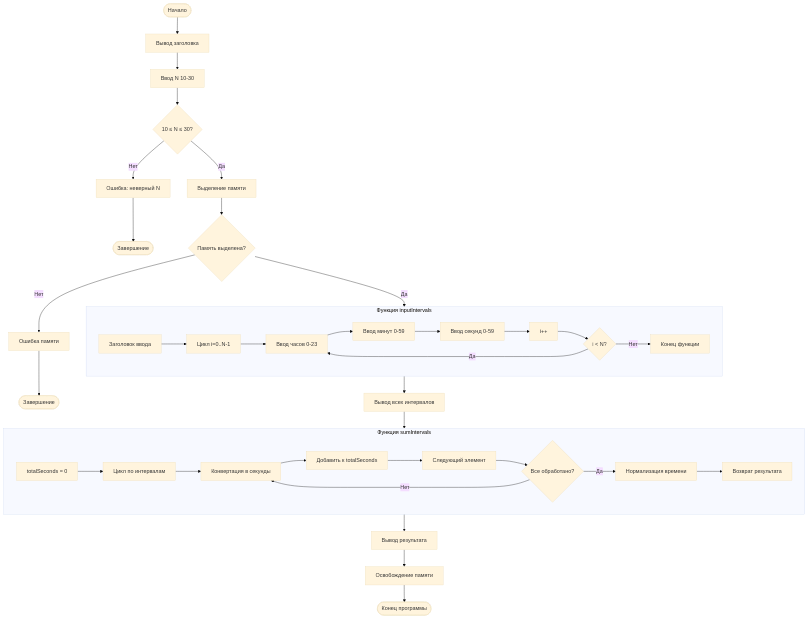
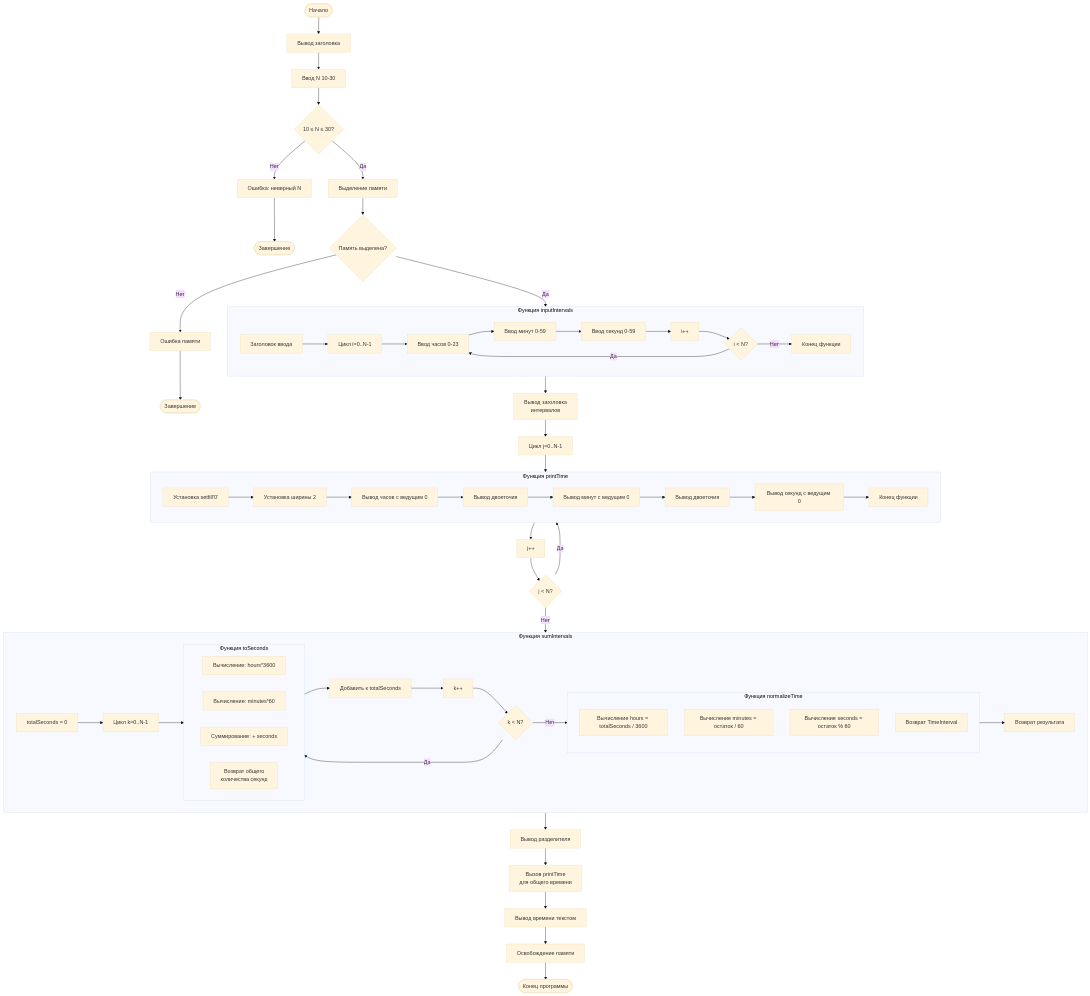
One commit to marssssssssssi/animated-octo-waffle changed the diagram in README.md. Above: the diagram before and after it, drawn with Mermaid (base theme). The commit also changed other lines of this file, not shown here.

````diff
--- a/README.md
+++ b/README.md
@@ -9,46 +8,78 @@
 ```mermaid
 flowchart TD
     Start([Начало]) --> A[Вывод заголовка]
     A --> B[Ввод N 10-30]
     
     B --> C{10 ≤ N ≤ 30?}
     C -->|Нет| D[Ошибка: неверный N]
     D --> End1([Завершение])
     
     C -->|Да| E[Выделение памяти]
     
     E --> F{Память выделена?}
     F -->|Нет| G[Ошибка памяти]
     G --> End2([Завершение])
     
     F -->|Да| H[Ввод интервалов]
     
     subgraph H[Функция inputIntervals]
         H1[Заголовок ввода] --> H2[Цикл i=0..N-1]
         H2 --> H3[Ввод часов 0-23]
         H3 --> H4[Ввод минут 0-59]
         H4 --> H5[Ввод секунд 0-59]
         H5 --> H6[i++]
         H6 --> H7{i < N?}
         H7 -->|Да| H3
         H7 -->|Нет| H8[Конец функции]
     end
     
-    H --> I[Вывод всех интервалов]
-    I --> J[Суммирование времени]
+    H --> I[Вывод заголовка<br>интервалов]
+    I --> J[Цикл j=0..N-1]
+    J --> K[Вызов printTime]
+    K --> L[j++]
+    L --> M{j < N?}
+    M -->|Да| K
+    M -->|Нет| N[Суммирование времени]
     
-    subgraph J[Функция sumIntervals]
-        J1[totalSeconds = 0] --> J2[Цикл по интервалам]
-        J2 --> J3[Конвертация в секунды]
-        J3 --> J4[Добавить к totalSeconds]
-        J4 --> J5[Следующий элемент]
-        J5 --> J6{Все обработано?}
-        J6 -->|Нет| J3
-        J6 -->|Да| J7[Нормализация времени]
-        J7 --> J8[Возврат результата]
+    subgraph N[Функция sumIntervals]
+        N1[totalSeconds = 0] --> N2[Цикл k=0..N-1]
+        N2 --> N3[Вызов toSeconds]
+        N3 --> N4[Добавить к totalSeconds]
+        N4 --> N5[k++]
+        N5 --> N6{k < N?}
+        N6 -->|Нет| N7[Вызов normalizeTime]
+        N6 -->|Да| N3
+        
+        subgraph N7[Функция normalizeTime]
+            O1[Вычисление hours = totalSeconds / 3600]
+            O2[Вычисление minutes = остаток / 60]
+            O3[Вычисление seconds = остаток % 60]
+            O4[Возврат TimeInterval]
+        end
+        
+        N7 --> N8[Возврат результата]
     end
     
-    J --> K[Вывод результата]
-    K --> L[Освобождение памяти]
-    L --> End3([Конец программы])
+    subgraph K[Функция printTime]
+        P1[Установка setfill'0'] --> P2[Установка ширины 2]
+        P2 --> P3[Вывод часов с ведущим 0]
+        P3 --> P4[Вывод двоеточия]
+        P4 --> P5[Вывод минут с ведущим 0]
+        P5 --> P6[Вывод двоеточия]
+        P6 --> P7[Вывод секунд с ведущим 0]
+        P7 --> P8[Конец функции]
+    end
+    
+    subgraph N3[Функция toSeconds]
+        Q1[Вычисление: hours*3600]
+        Q2[Вычисление: minutes*60]
+        Q3[Суммирование: + seconds]
+        Q4[Возврат общего<br>количества секунд]
+    end
+    
+    N --> R[Вывод разделителя]
+    R --> S[Вызов printTime<br>для общего времени]
+    S --> T[Вывод времени текстом]
+    T --> U[Освобождение памяти]
+    U --> End3([Конец программы])
 ```
````
